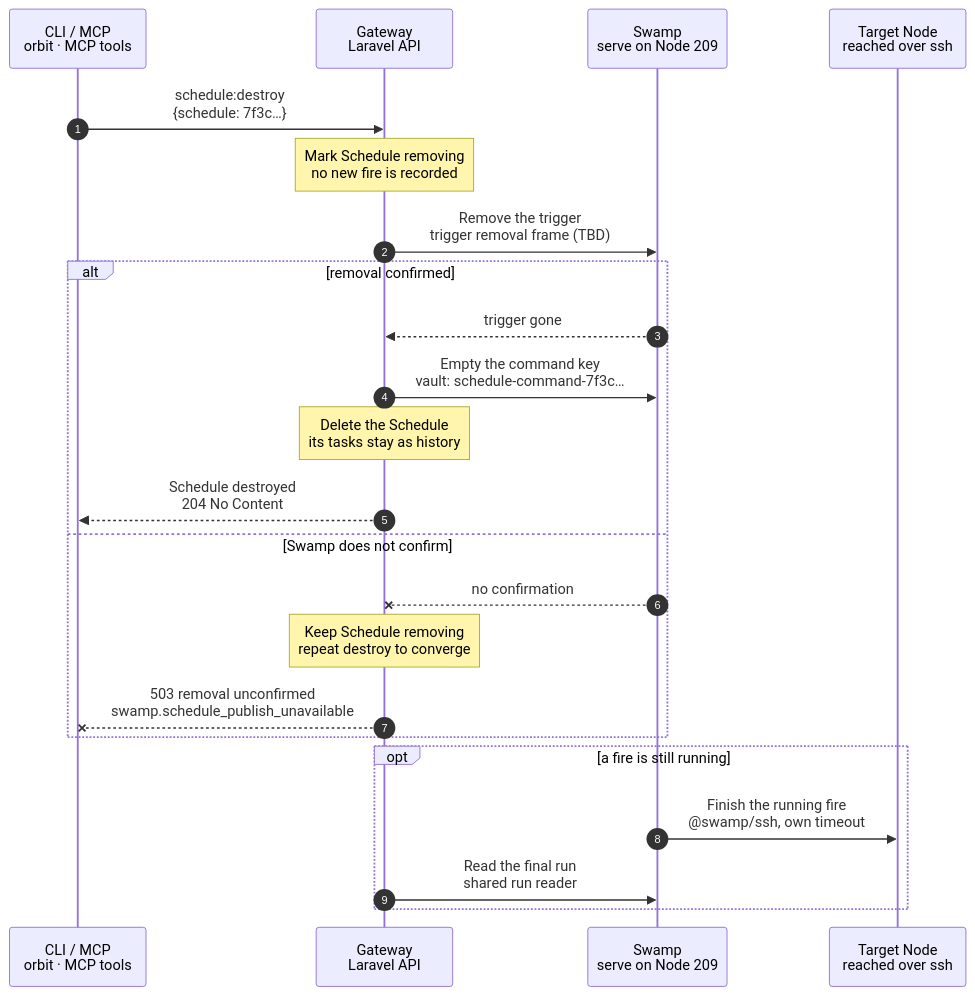
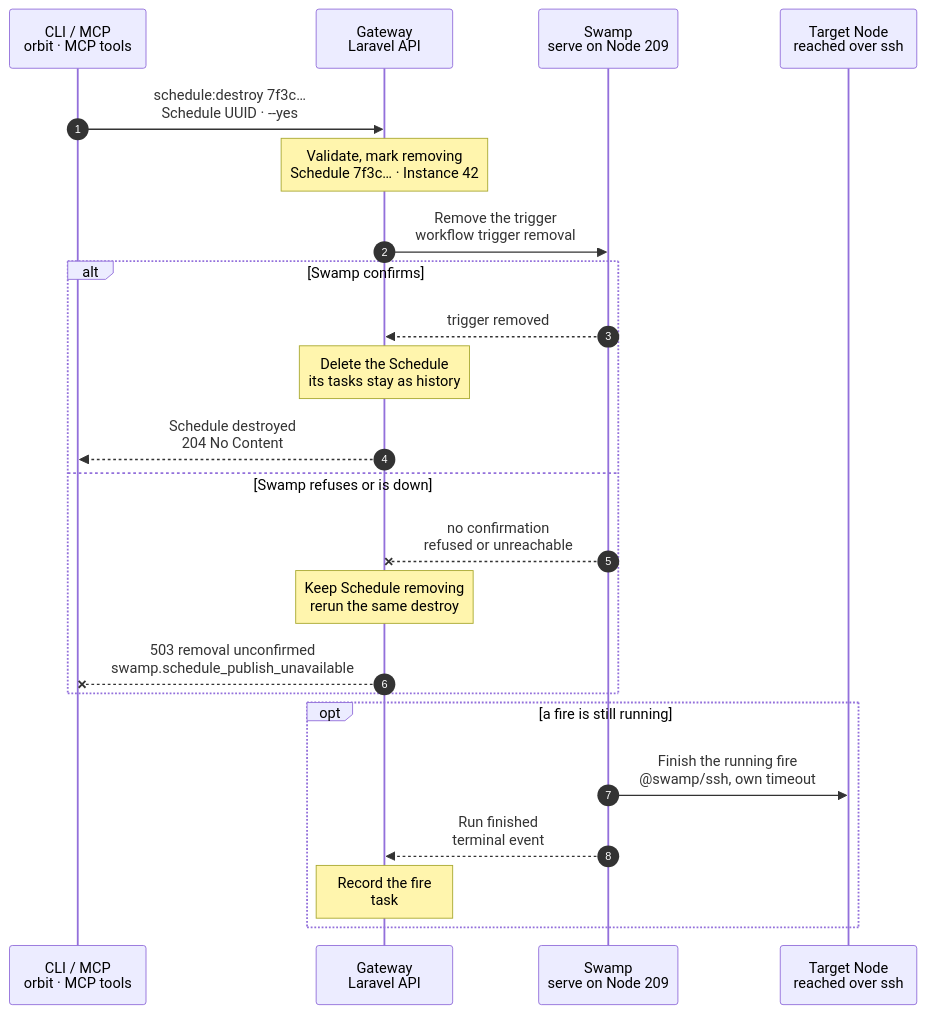
One commit to hardimpactdev/orbit changed the diagram in docs/flows/schedule.destroy.mmd. Above: the diagram before and after it, drawn with Mermaid. The commit also changed 3 other files, not shown here.

First line of the commit message:
docs(flows): Schedule charts in the agreed format (#2434)

```diff
--- a/docs/flows/schedule.destroy.mmd
+++ b/docs/flows/schedule.destroy.mmd
@@ -1,29 +1,79 @@
 sequenceDiagram
-  %% Target design from ADR 0244: native Swamp schedules, nothing installed on the Node; DECISIONS R1-R3.
+  %% Target design: ADR 0244 native Swamp schedules, nothing installed on Nodes; DECISIONS Schedules (Nick 2026-11-02), R1-R3.
   %% status: draft
+  %% command: schedule:destroy
   autonumber
   %% lane CLI icon=terminal pill=caller tone=gray
   %% lane GW icon=gateway pill=intent tone=blue
   %% lane SW icon=workflow pill=executes tone=green
   %% lane N icon=server pill=target tone=amber
   participant CLI as CLI / MCP<br/>orbit · MCP tools
   participant GW as Gateway<br/>Laravel API
   participant SW as Swamp<br/>serve on Node 209
   participant N as Target Node<br/>reached over ssh
-  CLI->>GW: schedule:destroy<br/>{schedule: 7f3c…}
-  Note over GW: Mark Schedule removing<br/>no new fire is recorded
-  GW->>SW: Remove the trigger<br/>trigger removal frame (TBD)
-  alt removal confirmed
-    SW-->>GW: trigger gone
-    GW->>SW: Empty the command key<br/>vault: schedule-command-7f3c…
+  CLI->>GW: schedule:destroy 7f3c…<br/>Schedule UUID · --yes
+  %%> Command:
+  %%> - `orbit schedule:destroy 7f3c9a2e-41d0-4b8a-9c11-2f6e0d5b7a10 --yes`
+  %%> - syntax: `<schedule> [--project=ID] [--yes] [--idempotency-key=KEY] [--json]`
+  %%> Input:
+  %%> - the UUID of the Schedule, or a definition name with `--project`
+  %%> Confirmation:
+  %%> - without `--yes`, the CLI asks first; the default is No
+  %%> - without a terminal, or with `--json`, `--yes` is required
+  %%> With `--project`:
+  %%> - only the Project Schedule definition is deleted (R1); Instance copies stay
+  Note over GW: Validate, mark removing<br/>Schedule 7f3c… · Instance 42
+  %%> Requirements:
+  %%> - your Node has an access grant to Node 12, which runs Instance 42
+  %%> - Schedule 7f3c… exists; a failed or disabled Schedule can be destroyed too
+  %%> Result:
+  %%> - Schedule 7f3c… is marked removing; the trigger is removed next
+  %%> - there is no Node work, so no run starts (R1)
+  %%> Not refused:
+  %%> - a running fire no longer blocks destroy; `schedule.run_active` is gone
+  GW->>SW: Remove the trigger<br/>workflow trigger removal
+  %%> What it does:
+  %%> - removes the native Swamp schedule trigger from serve (Node 209)
+  %%> When:
+  %%> - skipped when the Schedule is disabled and has no trigger
+  alt Swamp confirms
+    SW-->>GW: trigger removed
+    %%> Returns:
+    %%> - the trigger is gone; serve starts no new fire
     Note over GW: Delete the Schedule<br/>its tasks stay as history
+    %%> Result:
+    %%> - Schedule 7f3c…'s record is deleted
+    %%> - its tasks stay, so past fires remain visible
+    %%> Vault key:
+    %%> - the command's vault key is removed now, or after a running fire ends
     GW-->>CLI: Schedule destroyed<br/>204 No Content
-  else Swamp does not confirm
-    SW--xGW: no confirmation
-    Note over GW: Keep Schedule removing<br/>repeat destroy to converge
+    %%> What you get:
+    %%> - the result at once; there is nothing to follow
+  else Swamp refuses or is down
+    SW--xGW: no confirmation<br/>refused or unreachable
+    %%> When:
+    %%> - serve on 209 does not answer
+    Note over GW: Keep Schedule removing<br/>rerun the same destroy
+    %%> Result:
+    %%> - Schedule 7f3c… stays recorded, marked removing
+    %%> - the trigger may still be set; a fire it starts still runs and is recorded as a task
+    %%> Retry:
+    %%> - run the same command again; removing a trigger that is gone is safe
     GW--xCLI: 503 removal unconfirmed<br/>swamp.schedule_publish_unavailable
+    %%> Returns:
+    %%> - the error code; the Schedule stays removing
   end
   opt a fire is still running
     SW->>N: Finish the running fire<br/>@swamp/ssh, own timeout
-    GW->>SW: Read the final run<br/>shared run reader
+    %%> What it does:
+    %%> - the fire that already started runs to its end, within the Schedule's timeout
+    %%> Why:
+    %%> - stopping a command halfway can leave the application in a worse state
+    SW-->>GW: Run finished<br/>terminal event
+    %%> How the Gateway learns it:
+    %%> - its shared run reader sees the terminal event; Swamp never calls the Gateway
+    Note over GW: Record the fire<br/>task #5141 · trigger: schedule
+    %%> Result:
+    %%> - the fire's task records its result, although the Schedule is gone
+    %%> - then the command's vault key is removed
   end
```
